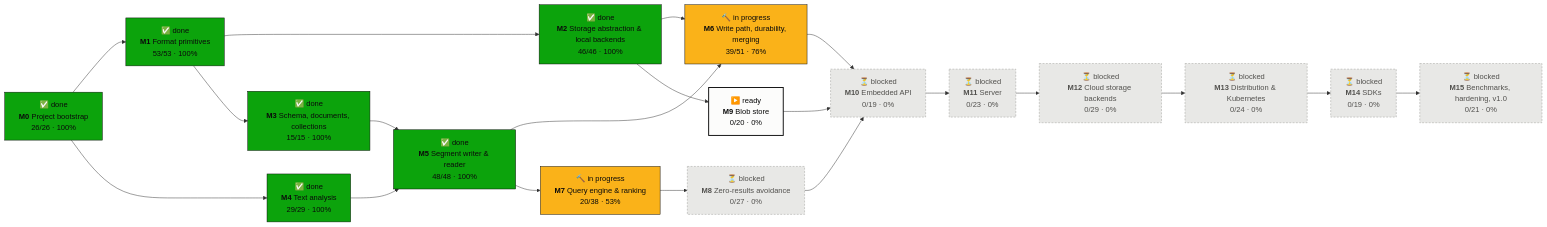
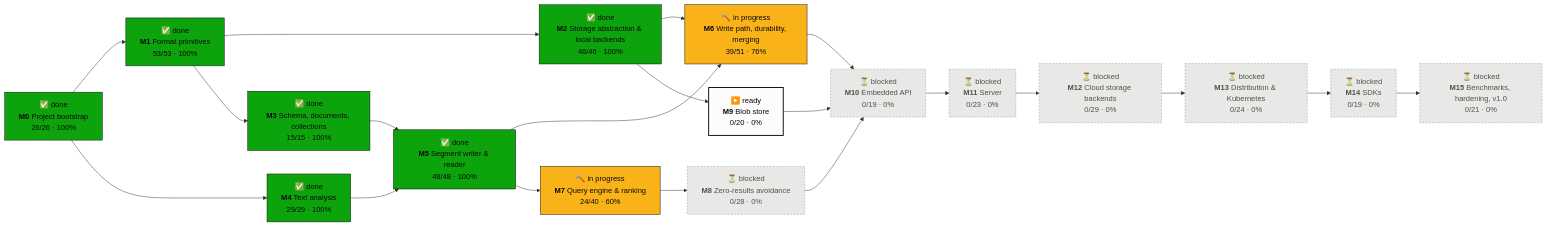
Before and after one commit to tomiok/persiaDB: the first of 2 diagrams in PROGRESS.md, drawn with Mermaid. The commit also changed other lines of this file and 25 other files, not shown here.

First line of the commit message:
Sort, pages, cursors, facets and hit assembly (ROADMAP 7.5.1–7.5.4) (#55)

````diff
--- a/PROGRESS.md
+++ b/PROGRESS.md
@@ -16,42 +16,42 @@
 ```mermaid
 flowchart LR
   M0["✅ done<br/><b>M0</b> Project bootstrap<br/>26/26 · 100%"]:::done
   M1["✅ done<br/><b>M1</b> Format primitives<br/>53/53 · 100%"]:::done
   M2["✅ done<br/><b>M2</b> Storage abstraction & local backends<br/>46/46 · 100%"]:::done
   M3["✅ done<br/><b>M3</b> Schema, documents, collections<br/>15/15 · 100%"]:::done
   M4["✅ done<br/><b>M4</b> Text analysis<br/>29/29 · 100%"]:::done
   M5["✅ done<br/><b>M5</b> Segment writer & reader<br/>48/48 · 100%"]:::done
   M6["🔨 in progress<br/><b>M6</b> Write path, durability, merging<br/>39/51 · 76%"]:::doing
-  M7["🔨 in progress<br/><b>M7</b> Query engine & ranking<br/>20/38 · 53%"]:::doing
-  M8["⏳ blocked<br/><b>M8</b> Zero-results avoidance<br/>0/27 · 0%"]:::blocked
+  M7["🔨 in progress<br/><b>M7</b> Query engine & ranking<br/>24/40 · 60%"]:::doing
+  M8["⏳ blocked<br/><b>M8</b> Zero-results avoidance<br/>0/28 · 0%"]:::blocked
   M9["▶️ ready<br/><b>M9</b> Blob store<br/>0/20 · 0%"]:::ready
   M10["⏳ blocked<br/><b>M10</b> Embedded API<br/>0/19 · 0%"]:::blocked
   M11["⏳ blocked<br/><b>M11</b> Server<br/>0/23 · 0%"]:::blocked
   M12["⏳ blocked<br/><b>M12</b> Cloud storage backends<br/>0/29 · 0%"]:::blocked
   M13["⏳ blocked<br/><b>M13</b> Distribution & Kubernetes<br/>0/24 · 0%"]:::blocked
   M14["⏳ blocked<br/><b>M14</b> SDKs<br/>0/19 · 0%"]:::blocked
   M15["⏳ blocked<br/><b>M15</b> Benchmarks, hardening, v1.0<br/>0/21 · 0%"]:::blocked
   M0 --> M1
   M1 --> M2
   M1 --> M3
   M0 --> M4
   M3 --> M5
   M4 --> M5
   M2 --> M6
   M5 --> M6
   M5 --> M7
   M7 --> M8
   M2 --> M9
   M6 --> M10
   M8 --> M10
   M9 --> M10
   M10 --> M11
   M11 --> M12
   M12 --> M13
   M13 --> M14
   M14 --> M15
   classDef done fill:#0ca30c,stroke:#0b0b0b,color:#0b0b0b
   classDef doing fill:#fab219,stroke:#0b0b0b,color:#0b0b0b
   classDef ready fill:#fcfcfb,stroke:#0b0b0b,stroke-width:2px,color:#0b0b0b
   classDef blocked fill:#e8e8e6,stroke:#9a9a96,stroke-dasharray:4 3,color:#52514e
 ```
````
